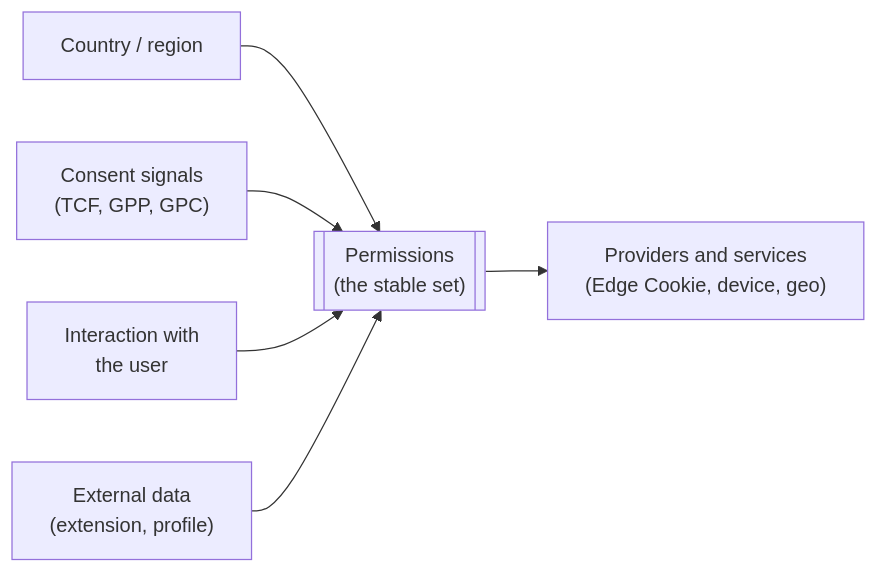
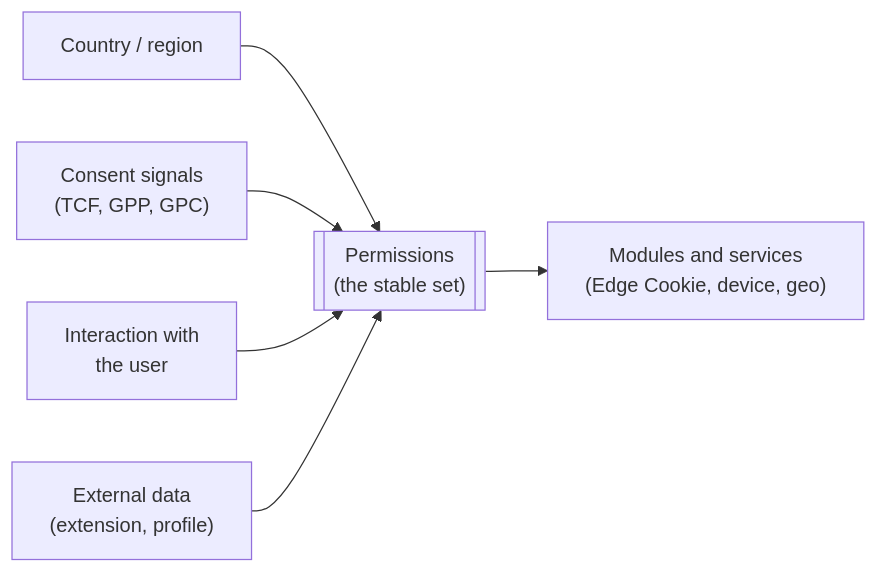
One commit to IABTechLab/trusted-server changed the first of 2 diagrams in docs/guide/permission-model.md. Above: the diagram before and after it, drawn with Mermaid. The commit also changed other lines of this file and 54 other files, not shown here.

````diff
--- a/docs/guide/permission-model.md
+++ b/docs/guide/permission-model.md
@@ -80,8 +80,8 @@
 ```mermaid
 flowchart LR
     G["Country / region"] --> P[["Permissions<br/>(the stable set)"]]
     C["Consent signals<br/>(TCF, GPP, GPC)"] --> P
     I["Interaction with<br/>the user"] --> P
     X["External data<br/>(extension, profile)"] --> P
-    P --> S["Providers and services<br/>(Edge Cookie, device, geo)"]
+    P --> S["Modules and services<br/>(Edge Cookie, device, geo)"]
 ```
````
